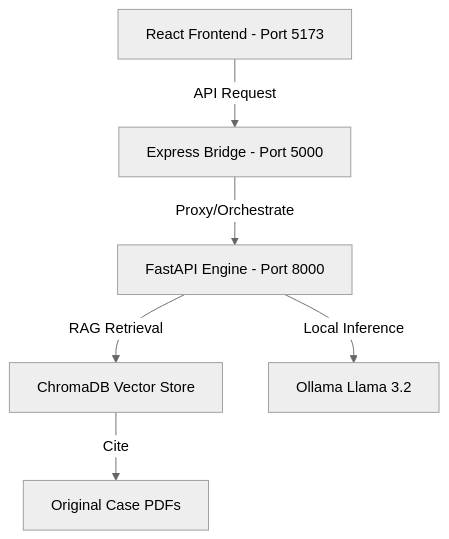
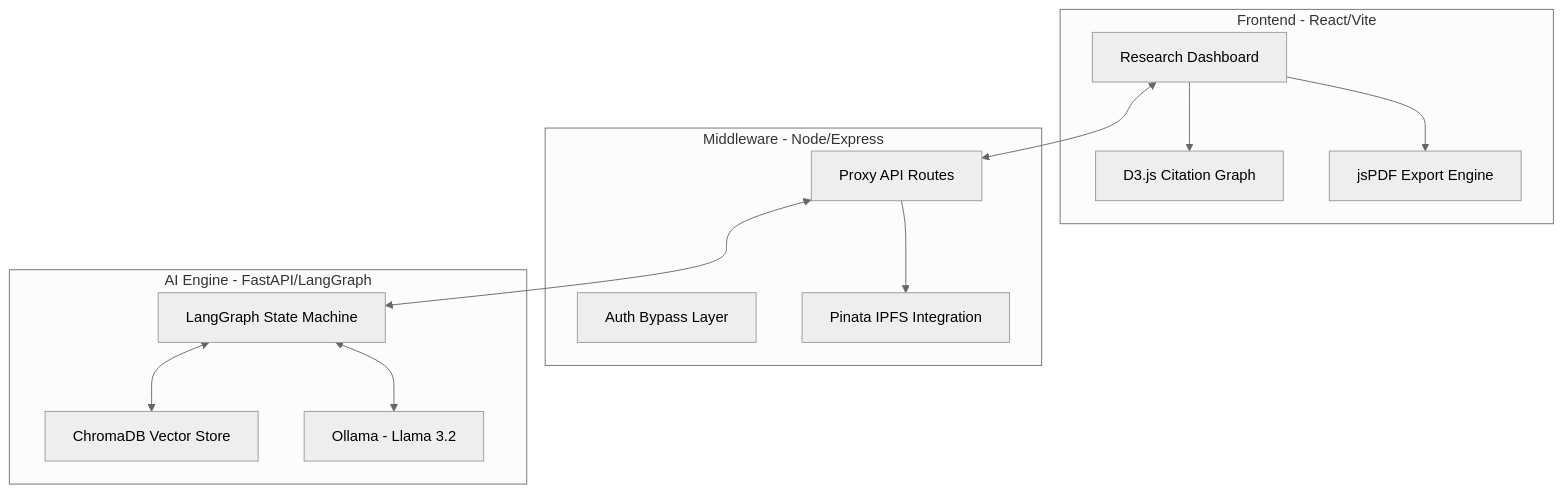
Before and after one commit to Rishikesh073/JUDICARY-SYSTEM: the diagram in architecture.md, drawn with Mermaid (neutral theme). The commit also changed other lines of this file and 17 other files, not shown here.

Commit message:
feat: implement native D3 citation graph with deduplication, tooltips, and interactive zoom/pan

````diff
--- a/architecture.md
+++ b/architecture.md
@@ -6,8 +22,28 @@
 ```mermaid
 graph TD
-    A[React Frontend - Port 5173] -->|API Request| B[Express Bridge - Port 5000]
-    B -->|Proxy/Orchestrate| C[FastAPI Engine - Port 8000]
-    C -->|RAG Retrieval| D[ChromaDB Vector Store]
-    C -->|Local Inference| E[Ollama Llama 3.2]
-    D -->|Cite| F[Original Case PDFs]
+    subgraph Client [Frontend - React/Vite]
+        UI[Research Dashboard]
+        DG[D3.js Citation Graph]
+        PDF[jsPDF Export Engine]
+    end
+
+    subgraph Bridge [Middleware - Node/Express]
+        AUTH[Auth Bypass Layer]
+        API[Proxy API Routes]
+        IPFS[Pinata IPFS Integration]
+    end
+
+    subgraph Intelligence [AI Engine - FastAPI/LangGraph]
+        LG[LangGraph State Machine]
+        CDB[ChromaDB Vector Store]
+        LLM[Ollama - Llama 3.2]
+    end
+
+    UI <--> API
+    API <--> LG
+    LG <--> CDB
+    LG <--> LLM
+    UI --> PDF
+    UI --> DG
+    API --> IPFS
 ```
````
